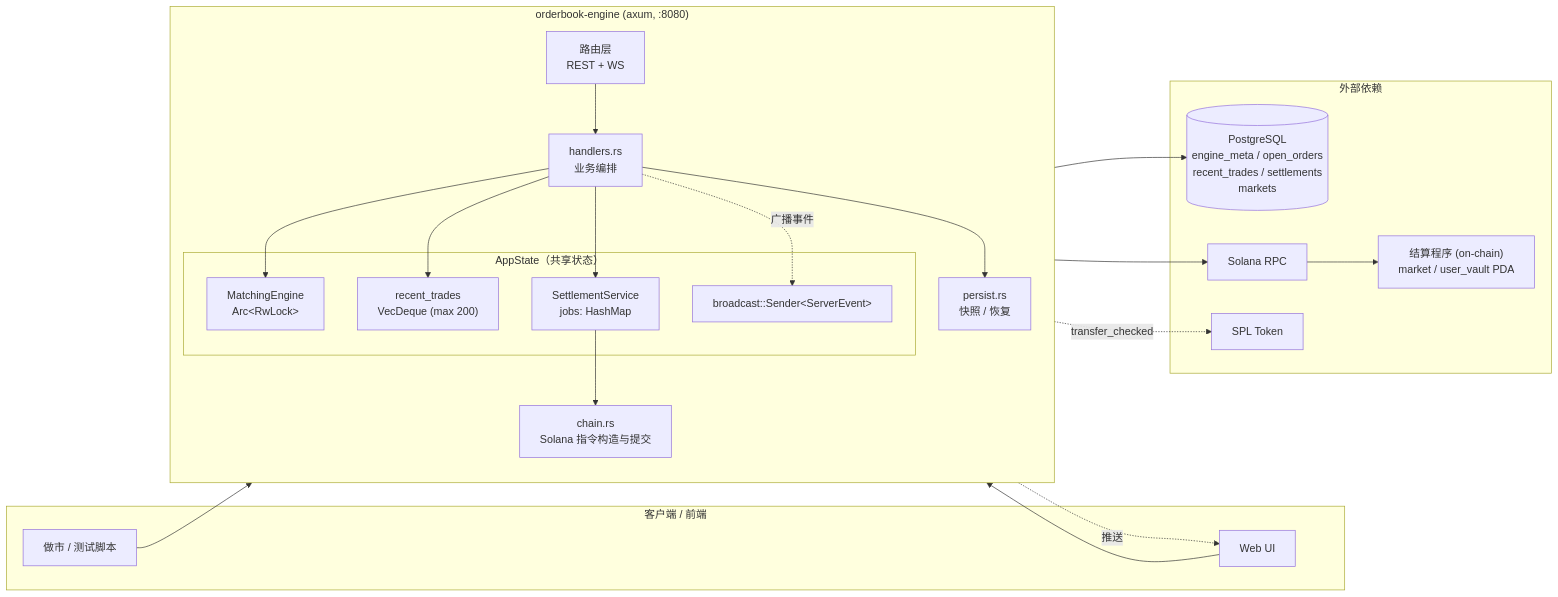
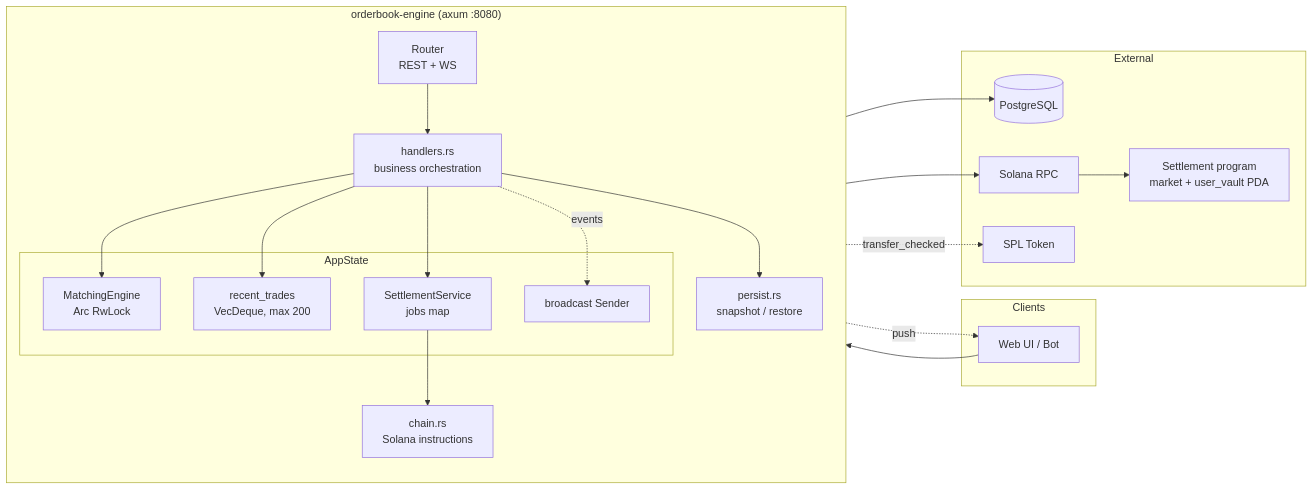
The diagram in README.md (wenjoy/orderbook-server), drawn with Mermaid before and after one commit. The commit also changed other lines of this file, not shown here.

````diff
--- a/README.md
+++ b/README.md
@@ -16,43 +7,40 @@
 ```mermaid
 flowchart LR
-    subgraph Client["客户端 / 前端"]
-        FE["Web UI"]
-        BOT["做市 / 测试脚本"]
+    subgraph Client["Clients"]
+        FE["Web UI / Bot"]
     end
 
-    subgraph Server["orderbook-engine (axum, :8080)"]
+    subgraph Server["orderbook-engine (axum :8080)"]
         direction TB
-        R["路由层<br/>REST + WS"]
-        H["handlers.rs<br/>业务编排"]
-        subgraph State["AppState（共享状态）"]
-            E["MatchingEngine<br/>Arc&lt;RwLock&gt;"]
-            RT["recent_trades<br/>VecDeque (max 200)"]
-            CB["broadcast::Sender&lt;ServerEvent&gt;"]
-            SS["SettlementService<br/>jobs: HashMap"]
+        R["Router<br/>REST + WS"]
+        H["handlers.rs<br/>business orchestration"]
+        subgraph State["AppState"]
+            E["MatchingEngine<br/>Arc RwLock"]
+            RT["recent_trades<br/>VecDeque, max 200"]
+            CB["broadcast Sender"]
+            SS["SettlementService<br/>jobs map"]
         end
-        P["persist.rs<br/>快照 / 恢复"]
-        C["chain.rs<br/>Solana 指令构造与提交"]
+        P["persist.rs<br/>snapshot / restore"]
+        C["chain.rs<br/>Solana instructions"]
     end
 
-    subgraph External["外部依赖"]
-        PG[("PostgreSQL<br/>engine_meta / open_orders<br/>recent_trades / settlements<br/>markets")]
+    subgraph Ext["External"]
+        PG[("PostgreSQL")]
         RPC["Solana RPC"]
-        PROG["结算程序 (on-chain)<br/>market / user_vault PDA"]
+        PROG["Settlement program<br/>market + user_vault PDA"]
         SPL["SPL Token"]
     end
 
     FE --> R
-    BOT --> R
     R --> H
     H --> E
     H --> RT
     H --> SS
-    H -. 广播事件 .-> CB
-    CB -. 推送 .-> FE
+    H -. events .-> CB
+    CB -. push .-> FE
     H --> P
     P --> PG
     SS --> C
-    C --> RPC
-    RPC --> PROG
+    C --> RPC --> PROG
     C -. transfer_checked .-> SPL
 ```
````
